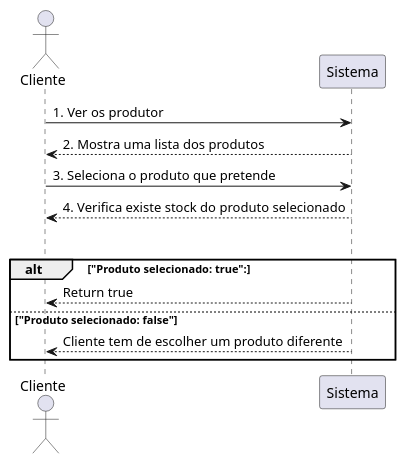
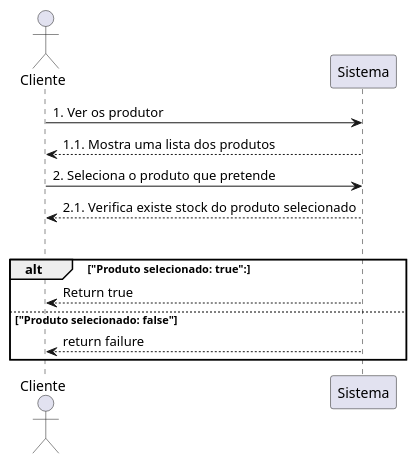
One commit to Fernandowgp/fsoft2024_1DC_3 changed the diagram in FirstProject/UC Clientes/UC2-Cliente-SelecionarProdutoUML.puml. Above: the diagram before and after it, drawn with PlantUML. The commit also changed 5 other files, not shown here.

```diff
--- a/FirstProject/UC Clientes/UC2-Cliente-SelecionarProdutoUML.puml
+++ b/FirstProject/UC Clientes/UC2-Cliente-SelecionarProdutoUML.puml
@@ -1,15 +1,15 @@
 @startuml
 actor Cliente as c
 participant "Sistema" as s
 
 c -> s: 1. Ver os produtor
-s --> c: 2. Mostra uma lista dos produtos
-c -> s: 3. Seleciona o produto que pretende
-s --> c: 4. Verifica existe stock do produto selecionado
+s --> c: 1.1. Mostra uma lista dos produtos
+c -> s: 2. Seleciona o produto que pretende
+s --> c: 2.1. Verifica existe stock do produto selecionado
 alt
     alt "Produto selecionado: true":
         s-->c: Return true
     else "Produto selecionado: false"
-        s-->c: Cliente tem de escolher um produto diferente
+        s-->c: return failure
 end
 @enduml
```
